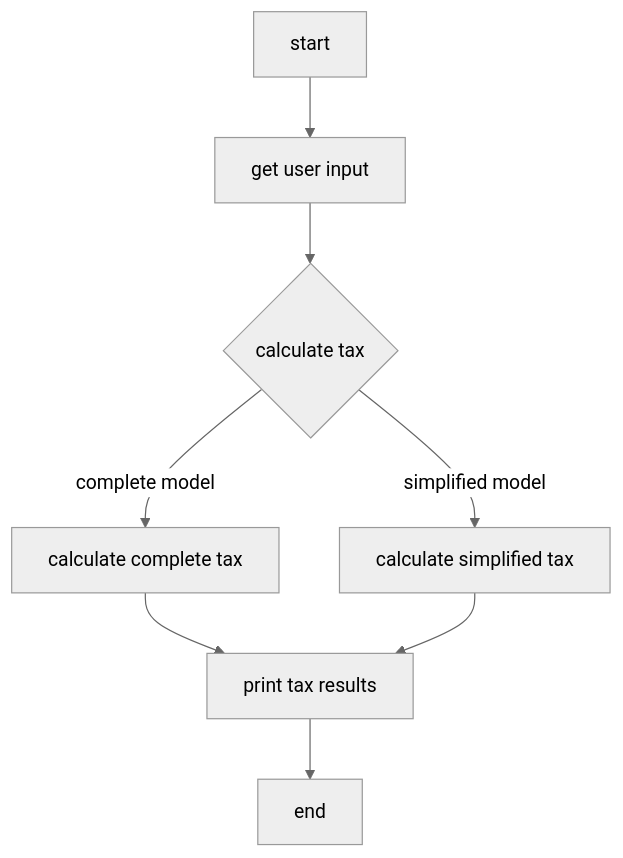
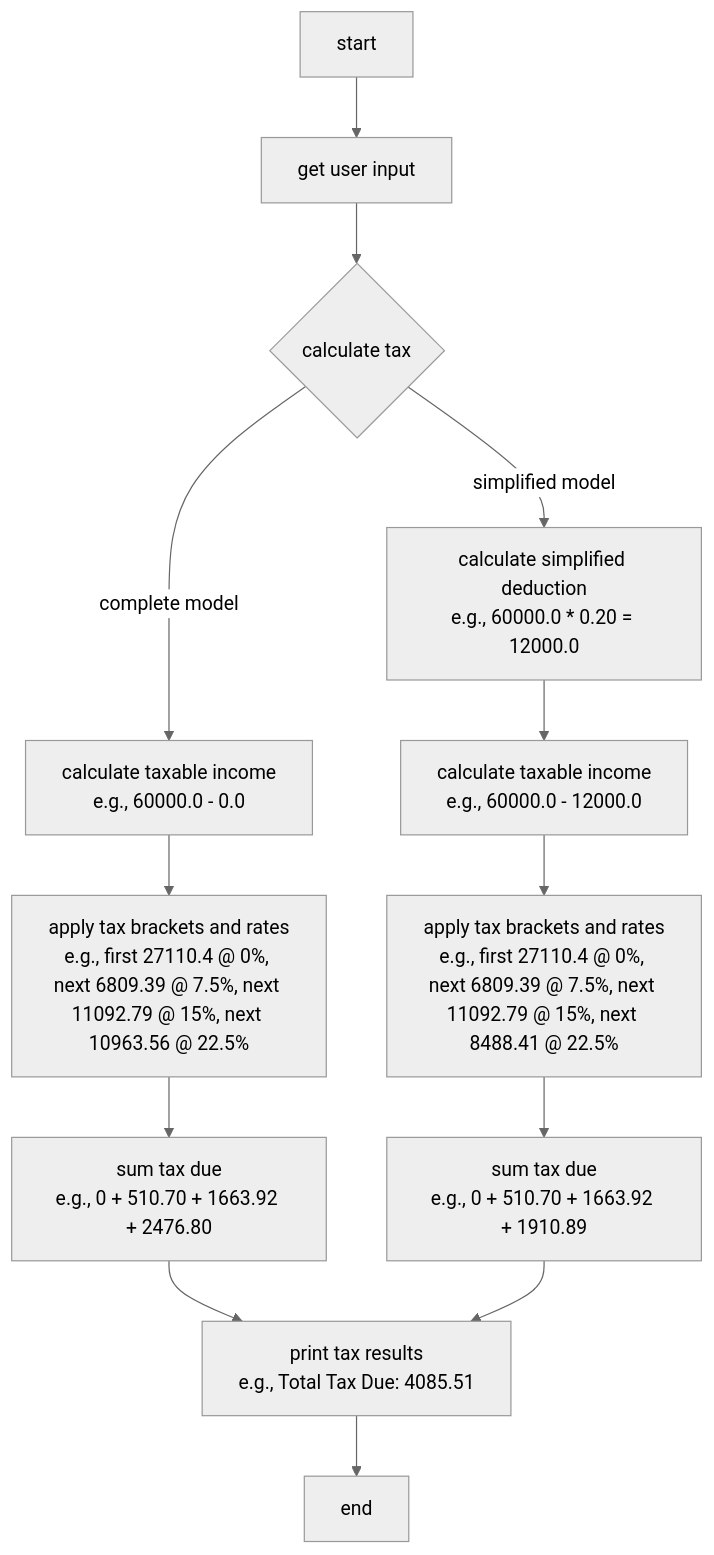
The diagram in README.md (debora-be/br-incoming), drawn with Mermaid (neutral theme) before and after one commit. The commit also changed other lines of this file, not shown here.

````diff
--- a/README.md
+++ b/README.md
@@ -48,10 +49,15 @@
 ```mermaid
 flowchart TD
     A[start] --> B[get user input]
     B --> C{calculate tax}
-    C -->|complete model| D[calculate complete tax]
-    C -->|simplified model| E[calculate simplified tax]
-    D --> F[print complete tax results]
-    E --> F[print tax results]
+    C -->|complete model| D1[calculate taxable income<br>e.g., 60000.0 - 0.0]
+    D1 --> D2[apply tax brackets and rates<br>e.g., first 27110.4 @ 0%, next 6809.39 @ 7.5%, next 11092.79 @ 15%, next 10963.56 @ 22.5%]
+    D2 --> D3[sum tax due<br>e.g., 0 + 510.70 + 1663.92 + 2476.80]
+    D3 --> F[print complete tax results<br>e.g., Total Tax Due: 4651.42]
+    C -->|simplified model| E1[calculate simplified deduction<br>e.g., 60000.0 * 0.20 = 12000.0]
+    E1 --> E2[calculate taxable income<br>e.g., 60000.0 - 12000.0]
+    E2 --> E3[apply tax brackets and rates<br>e.g., first 27110.4 @ 0%, next 6809.39 @ 7.5%, next 11092.79 @ 15%, next 8488.41 @ 22.5%]
+    E3 --> E4[sum tax due<br>e.g., 0 + 510.70 + 1663.92 + 1910.89]
+    E4 --> F[print tax results<br>e.g., Total Tax Due: 4085.51]
     F --> G[end]
 ```
````
